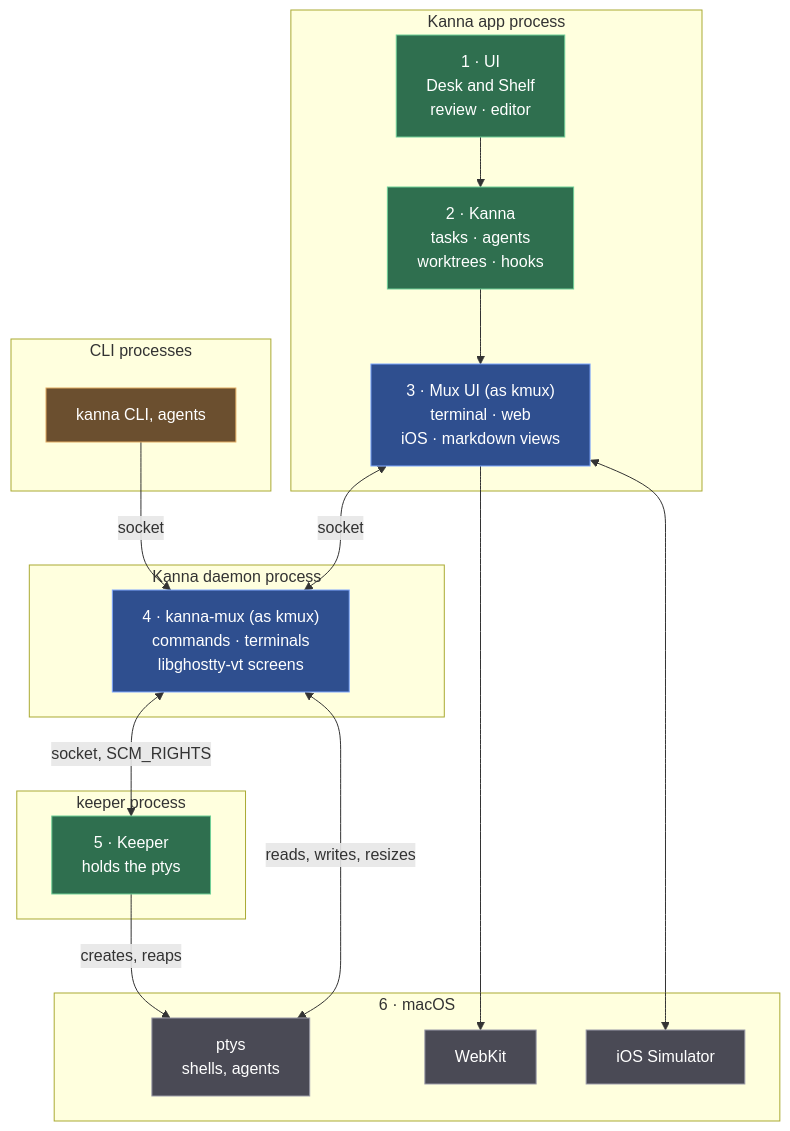
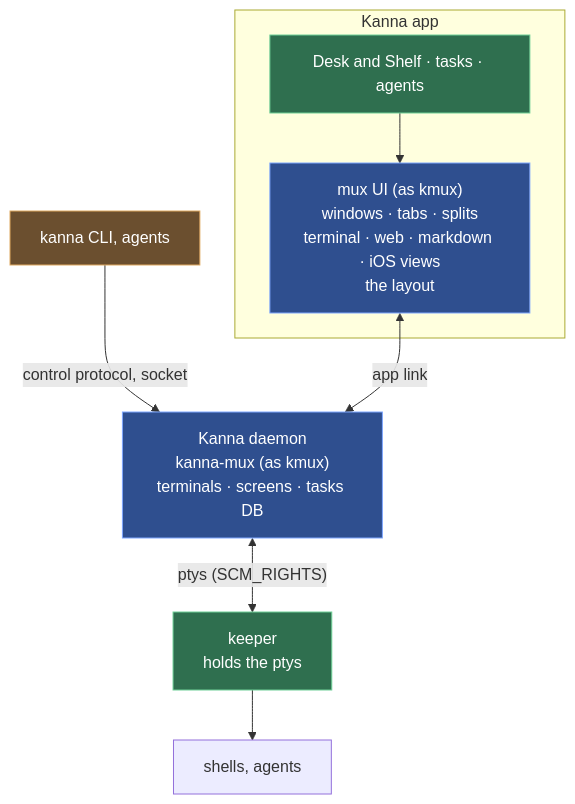
One commit to jemdiggity/kanna-v4 changed the diagram in docs/kanna-spec.md. Above: the diagram before and after it, drawn with Mermaid. The commit also changed other lines of this file and 31 other files, not shown here.

````diff
--- a/docs/kanna-spec.md
+++ b/docs/kanna-spec.md
@@ -128,39 +30,16 @@
 ```mermaid
 flowchart TB
-    subgraph CLIP["CLI processes"]
-        CLI["kanna CLI, agents"]
+    CLI["kanna CLI, agents"] -->|"control protocol, socket"| D
+    subgraph APP["Kanna app"]
+        UI["Desk and Shelf · tasks · agents"] --> MUXUI["mux UI (as kmux)<br/>windows · tabs · splits<br/>terminal · web · markdown · iOS views<br/>the layout"]
     end
-    subgraph APP["Kanna app process"]
-        L1["1 · UI<br/>Desk and Shelf<br/>review · editor"]
-        L2["2 · Kanna<br/>tasks · agents<br/>worktrees · hooks"]
-        L3["3 · Mux UI (as kmux)<br/>terminal · web<br/>iOS · markdown views"]
-        L1 --> L2 --> L3
-    end
-    subgraph DAEMON["Kanna daemon process"]
-        L4["4 · kanna-mux (as kmux)<br/>commands · terminals<br/>libghostty-vt screens"]
-    end
-    subgraph KEEPER["keeper process"]
-        L5["5 · Keeper<br/>holds the ptys"]
-    end
-    subgraph OS["6 · macOS"]
-        PTY["ptys<br/>shells, agents"]
-        WK["WebKit"]
-        SIM["iOS Simulator"]
-    end
-    CLI -->|"socket"| L4
-    L3 <-->|"socket"| L4
-    L4 <-->|"socket, SCM_RIGHTS"| L5
-    L5 -->|"creates, reaps"| PTY
-    L4 <-->|"reads, writes, resizes"| PTY
-    L3 --> WK
-    L3 <--> SIM
+    MUXUI <-->|"app link"| D["Kanna daemon<br/>kanna-mux (as kmux)<br/>terminals · screens · tasks DB"]
+    D <-->|"ptys (SCM_RIGHTS)"| K["keeper<br/>holds the ptys"]
+    K --> PTY["shells, agents"]
     classDef kanna fill:#2f6f4f,stroke:#6fcf97,color:#ffffff
     classDef kmux fill:#2f4f8f,stroke:#7fa7ff,color:#ffffff
-    classDef kmuxapp fill:#4f3f7f,stroke:#b39cff,color:#ffffff
-    classDef os fill:#4a4a55,stroke:#9a9aa8,color:#ffffff
     classDef ext fill:#6b4f2f,stroke:#e0a960,color:#ffffff
-    class L1,L2,L5 kanna
-    class L3,L4 kmux
-    class PTY,WK,SIM os
+    class UI,K kanna
+    class MUXUI,D kmux
     class CLI ext
 ```
````
